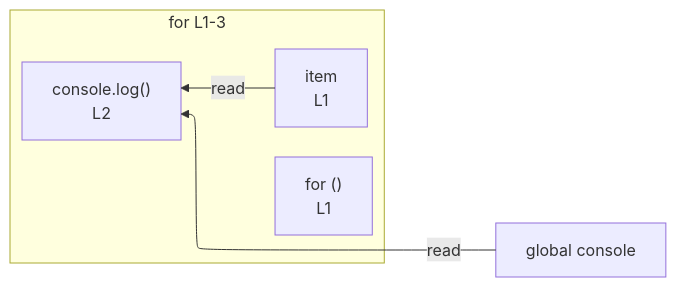
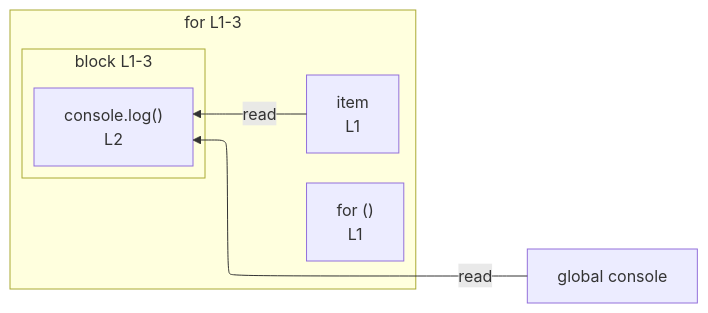
Before and after one commit to crescware/unsnarl: the diagram in integration/fixtures/iteration-statement/for-of/basic/preview.md, drawn with Mermaid. The commit also changed 106 other files, not shown here.

````diff
--- a/integration/fixtures/iteration-statement/for-of/basic/preview.md
+++ b/integration/fixtures/iteration-statement/for-of/basic/preview.md
@@ -13,13 +13,16 @@
 ```mermaid
 %%{init: {"flowchart": {"defaultRenderer": "elk"}}}%%
 flowchart RL
   n_scope_0_console_34["global console"]
   subgraph s_scope_1["for L1-3"]
     direction RL
     for_test_scope_0_0["for ()<br/>L1"]
     n_scope_1_item_11["item<br/>L1"]
-    expr_stmt_34["console.log()<br/>L2"]
+    subgraph s_scope_2["block L1-3"]
+      direction RL
+      expr_stmt_34["console.log()<br/>L2"]
+    end
   end
   n_scope_0_console_34 -->|read| expr_stmt_34
   n_scope_1_item_11 -->|read| expr_stmt_34
 ```
````
